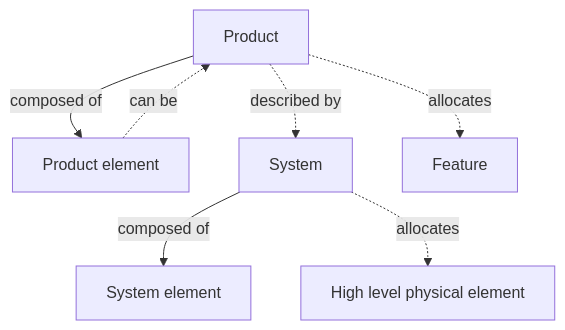
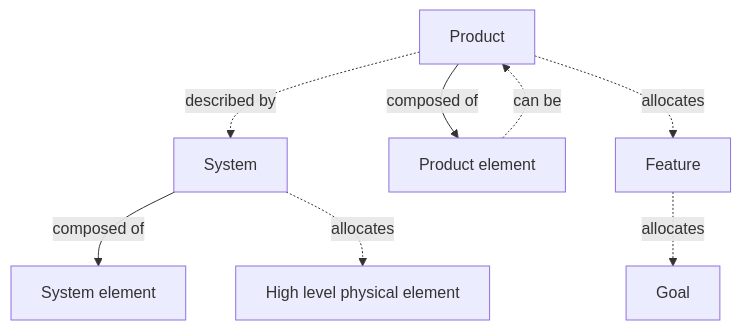
Before and after one commit to 3se-framework/3se-onto: the fourth of 5 diagrams in glossary.md, drawn with Mermaid. The commit also changed other lines of this file, not shown here.

````diff
--- a/glossary.md
+++ b/glossary.md
@@ -1123,16 +1229,18 @@
 ```mermaid
 flowchart TD
-    N1["Product"]
-    N2["Product element"]
-    N3["System"]
-    N4["Feature"]
-    N5["System element"]
-    N6["High level physical element"]
+    N1["Feature"]
+    N2["Goal"]
+    N3["Product"]
+    N4["Product element"]
+    N5["System"]
+    N6["System element"]
+    N7["High level physical element"]
 
-    N1 -->|composed of| N2
-    N1 -.->|described by| N3
-    N1 -.->|allocates| N4
-    N2 -.->|can be| N1
-    N3 -->|composed of| N5
-    N3 -.->|allocates| N6
+    N1 -.->|allocates| N2
+    N3 -->|composed of| N4
+    N3 -.->|described by| N5
+    N3 -.->|allocates| N1
+    N4 -.->|can be| N3
+    N5 -->|composed of| N6
+    N5 -.->|allocates| N7
 ```
````
